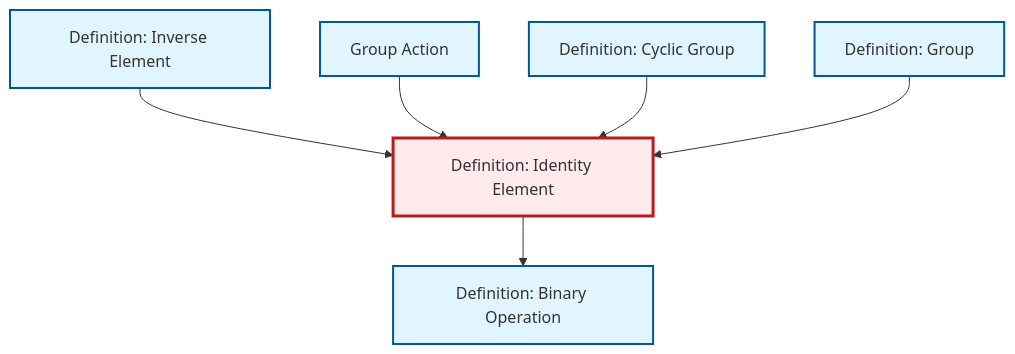
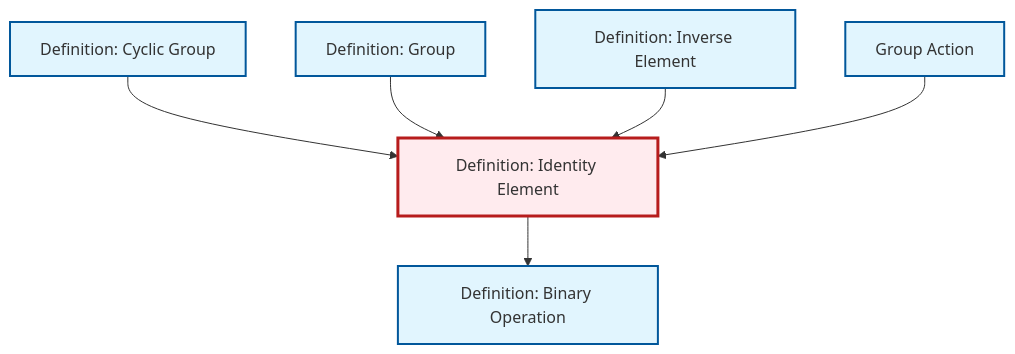
Before and after one commit to RK0429/ModernMath: the diagram in content/en/algebra/def-identity-element.qmd, drawn with Mermaid. The commit also changed other lines of this file and 615 other files, not shown here.

````diff
--- a/content/en/algebra/def-identity-element.qmd
+++ b/content/en/algebra/def-identity-element.qmd
@@ -77,26 +77,26 @@
 ```{mermaid}
 %%| fig-cap: "Local dependency graph"
 graph TD
     classDef definition fill:#e1f5fe,stroke:#01579b,stroke-width:2px
     classDef theorem fill:#f3e5f5,stroke:#4a148c,stroke-width:2px
     classDef axiom fill:#fff3e0,stroke:#e65100,stroke-width:2px
     classDef example fill:#e8f5e9,stroke:#1b5e20,stroke-width:2px
     classDef current fill:#ffebee,stroke:#b71c1c,stroke-width:3px
-    def-inverse-element["Definition: Inverse Element"]:::definition
+    def-group-action["Group Action"]:::definition
+    def-group["Definition: Group"]:::definition
     def-cyclic-group["Definition: Cyclic Group"]:::definition
     def-identity-element["Definition: Identity Element"]:::definition
-    def-group-action["Group Action"]:::definition
-    def-group["Definition: Group"]:::definition
     def-binary-operation["Definition: Binary Operation"]:::definition
+    def-inverse-element["Definition: Inverse Element"]:::definition
+    def-cyclic-group --> def-identity-element
+    def-group --> def-identity-element
     def-inverse-element --> def-identity-element
     def-group-action --> def-identity-element
-    def-cyclic-group --> def-identity-element
     def-identity-element --> def-binary-operation
-    def-group --> def-identity-element
     class def-identity-element current
-    click def-inverse-element "def-inverse-element.html" "Go to Inverse Element definition"
-    click def-cyclic-group "def-cyclic-group.html" "Go to Cyclic Group definition"
     click def-group-action "def-group-action.html" "Go to Group Action"
     click def-group "def-group.html" "Go to Group definition"
+    click def-cyclic-group "def-cyclic-group.html" "Go to Cyclic Group definition"
     click def-binary-operation "def-binary-operation.html" "Go to Binary Operation definition"
+    click def-inverse-element "def-inverse-element.html" "Go to Inverse Element definition"
 ```
````
